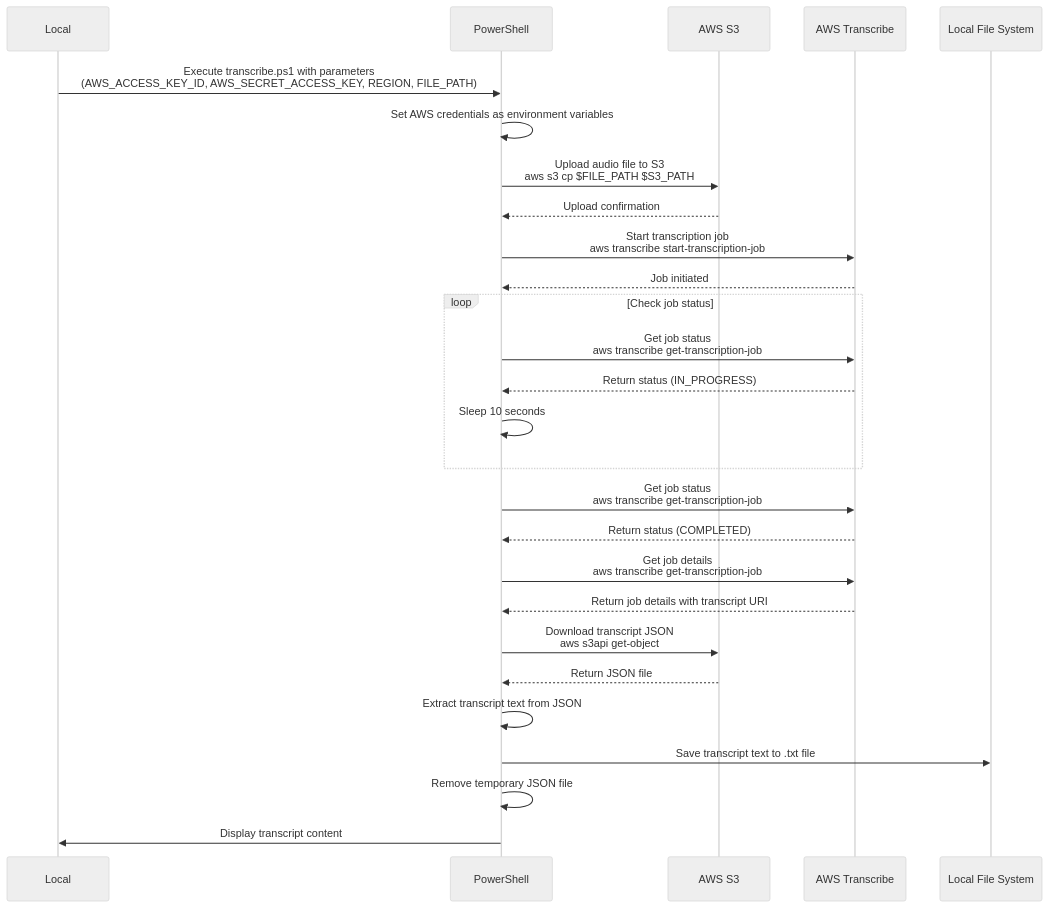
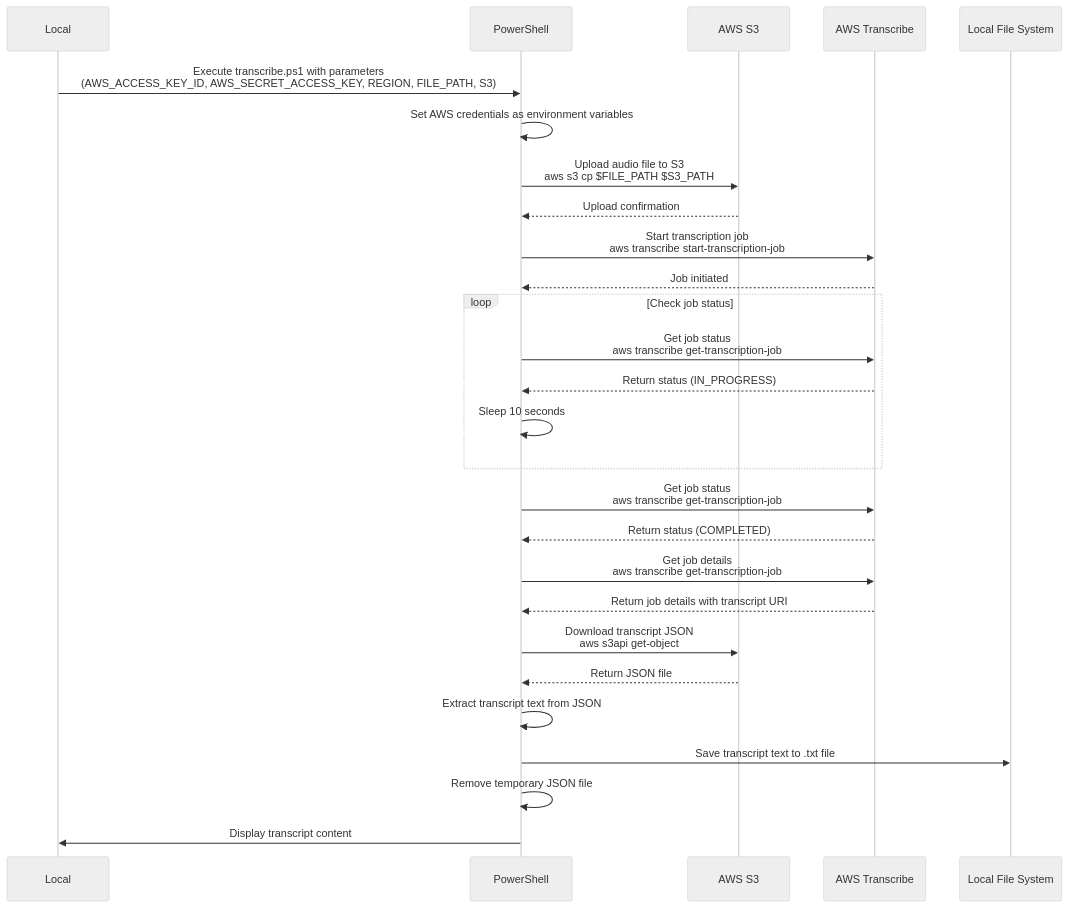
Before and after one commit to yosse95ai/automated-speech-recognition: the diagram in README.md, drawn with Mermaid (neutral theme). The commit also changed other lines of this file and 3 other files, not shown here.

````diff
--- a/README.md
+++ b/README.md
@@ -174,38 +179,38 @@
 ```mermaid
 sequenceDiagram
     participant Local
     participant PowerShell
     participant S3 as AWS S3
     participant Transcribe as AWS Transcribe
     participant LocalFS as Local File System
 
-    Local->>PowerShell: Execute transcribe.ps1 with parameters<br>(AWS_ACCESS_KEY_ID, AWS_SECRET_ACCESS_KEY, REGION, FILE_PATH)
+    Local->>PowerShell: Execute transcribe.ps1 with parameters<br>(AWS_ACCESS_KEY_ID, AWS_SECRET_ACCESS_KEY, REGION, FILE_PATH, S3)
     PowerShell->>PowerShell: Set AWS credentials as environment variables
     
     PowerShell->>S3: Upload audio file to S3<br>aws s3 cp $FILE_PATH $S3_PATH
     S3-->>PowerShell: Upload confirmation
     
     PowerShell->>Transcribe: Start transcription job<br>aws transcribe start-transcription-job
     Transcribe-->>PowerShell: Job initiated
     
     loop Check job status
         PowerShell->>Transcribe: Get job status<br>aws transcribe get-transcription-job
         Transcribe-->>PowerShell: Return status (IN_PROGRESS)
         PowerShell->>PowerShell: Sleep 10 seconds
     end
     
     PowerShell->>Transcribe: Get job status<br>aws transcribe get-transcription-job
     Transcribe-->>PowerShell: Return status (COMPLETED)
     
     PowerShell->>Transcribe: Get job details<br>aws transcribe get-transcription-job
     Transcribe-->>PowerShell: Return job details with transcript URI
     
     PowerShell->>S3: Download transcript JSON<br>aws s3api get-object
     S3-->>PowerShell: Return JSON file
     
     PowerShell->>PowerShell: Extract transcript text from JSON
     PowerShell->>LocalFS: Save transcript text to .txt file
     
     PowerShell->>PowerShell: Remove temporary JSON file
     PowerShell->>Local: Display transcript content
 ```
````
